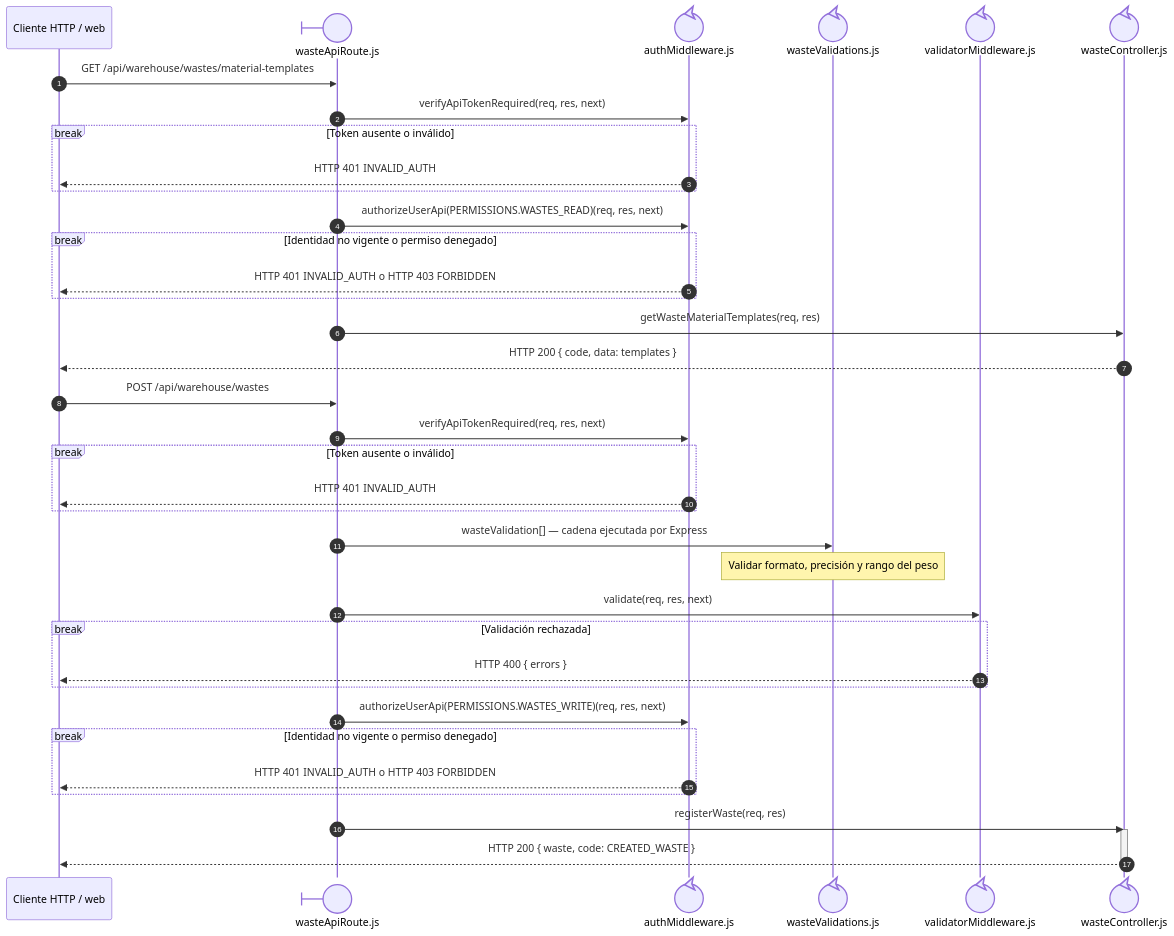
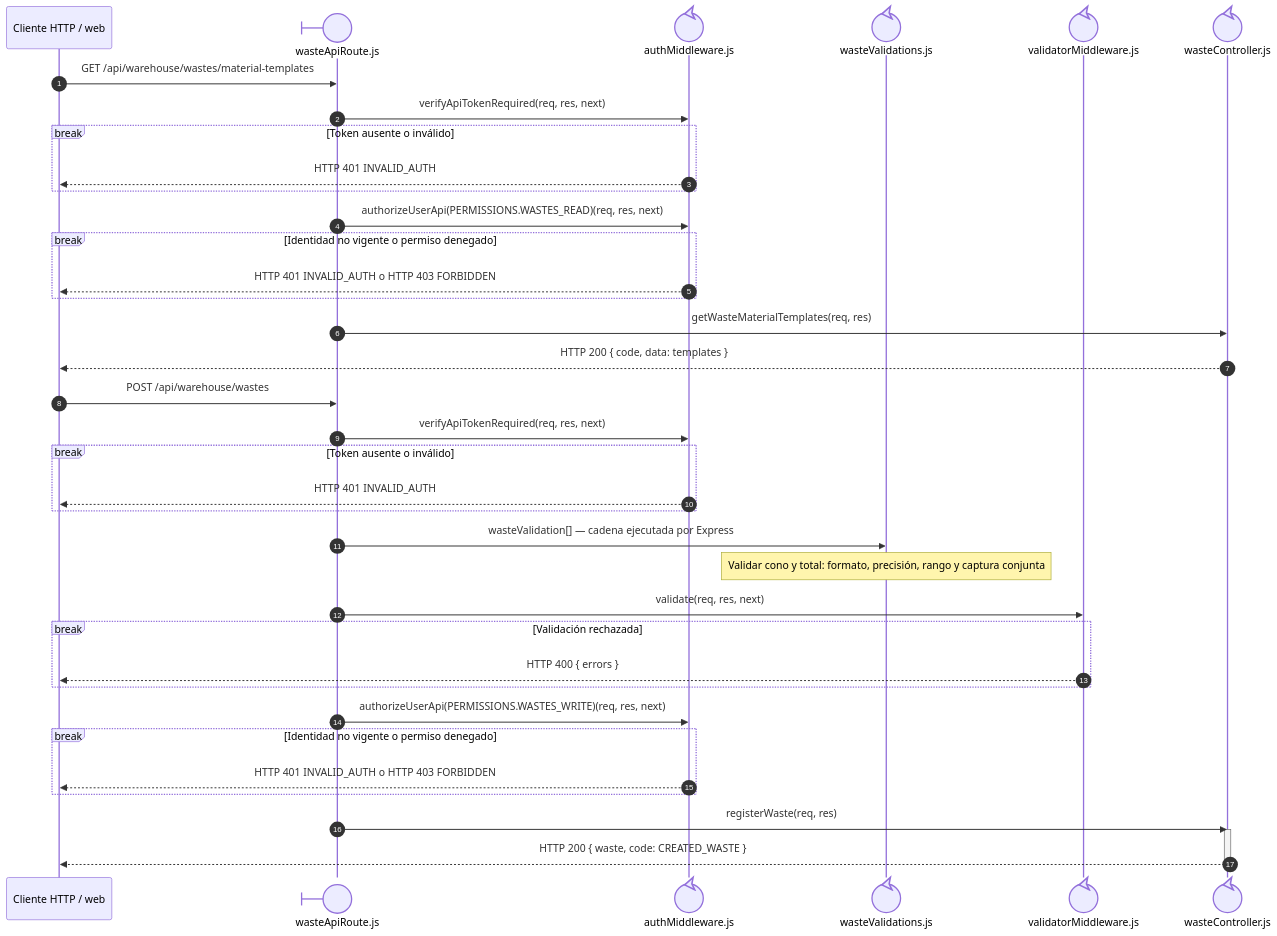
One commit to gpgsistemas01/nexus changed the first of 3 diagrams in docs/architecture/views/processes/backend-code-sequences/catalogs/cu-alm-10.md. Above: the diagram before and after it, drawn with Mermaid. The commit also changed other lines of this file and 87 other files, not shown here.

````diff
--- a/docs/architecture/views/processes/backend-code-sequences/catalogs/cu-alm-10.md
+++ b/docs/architecture/views/processes/backend-code-sequences/catalogs/cu-alm-10.md
@@ -31,41 +35,41 @@
 ```mermaid
 sequenceDiagram
     autonumber
     participant Client as Cliente HTTP / web
     participant Route@{ "type": "boundary" } as wasteApiRoute.js
     participant Auth@{ "type": "control" } as authMiddleware.js
     participant ValidationRules@{ "type": "control" } as wasteValidations.js
     participant Validator@{ "type": "control" } as validatorMiddleware.js
     participant Controller@{ "type": "control" } as wasteController.js
 
     Client->>Route: GET /api/warehouse/wastes/material-templates
     Route->>Auth: verifyApiTokenRequired(req, res, next)
     break Token ausente o inválido
         Auth-->>Client: HTTP 401 INVALID_AUTH
     end
     Route->>Auth: authorizeUserApi(PERMISSIONS.WASTES_READ)(req, res, next)
     break Identidad no vigente o permiso denegado
         Auth-->>Client: HTTP 401 INVALID_AUTH o HTTP 403 FORBIDDEN
     end
     Route->>Controller: getWasteMaterialTemplates(req, res)
     Controller-->>Client: HTTP 200 { code, data: templates }
     Client->>Route: POST /api/warehouse/wastes
     Route->>Auth: verifyApiTokenRequired(req, res, next)
     break Token ausente o inválido
         Auth-->>Client: HTTP 401 INVALID_AUTH
     end
     Route->>ValidationRules: wasteValidation[] — cadena ejecutada por Express
-    Note over ValidationRules: Validar formato, precisión y rango del peso
+    Note over ValidationRules: Validar cono y total: formato, precisión, rango y captura conjunta
     Route->>Validator: validate(req, res, next)
     break Validación rechazada
         Validator-->>Client: HTTP 400 { errors }
     end
     Route->>Auth: authorizeUserApi(PERMISSIONS.WASTES_WRITE)(req, res, next)
     break Identidad no vigente o permiso denegado
         Auth-->>Client: HTTP 401 INVALID_AUTH o HTTP 403 FORBIDDEN
     end
     Route->>Controller: registerWaste(req, res)
     activate Controller
         Controller-->>Client: HTTP 200 { waste, code: CREATED_WASTE }
     deactivate Controller
 ```
````
